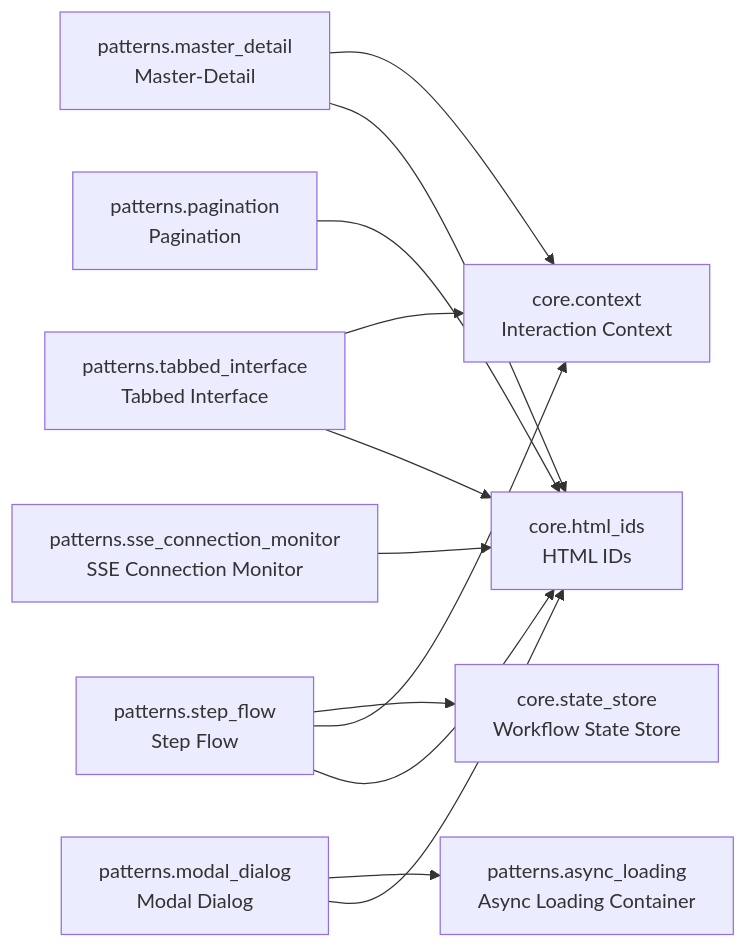
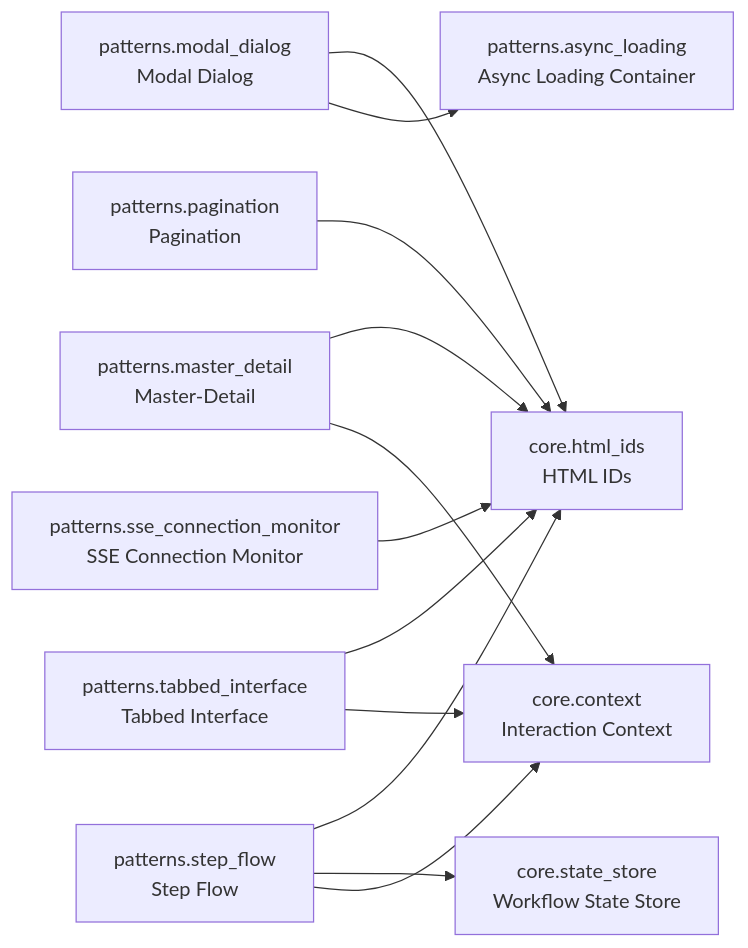
Before and after one commit to cj-mills/cjm-fasthtml-interactions: the diagram in README.md, drawn with Mermaid. The commit also changed other lines of this file and 4 other files, not shown here.

Commit message:
Add an on_leave hook to StepFlow.

````diff
--- a/README.md
+++ b/README.md
@@ -32,25 +32,25 @@
 ``` mermaid
 graph LR
     core_context[core.context<br/>Interaction Context]
     core_html_ids[core.html_ids<br/>HTML IDs]
     core_state_store[core.state_store<br/>Workflow State Store]
     patterns_async_loading[patterns.async_loading<br/>Async Loading Container]
     patterns_master_detail[patterns.master_detail<br/>Master-Detail]
     patterns_modal_dialog[patterns.modal_dialog<br/>Modal Dialog]
     patterns_pagination[patterns.pagination<br/>Pagination]
     patterns_sse_connection_monitor[patterns.sse_connection_monitor<br/>SSE Connection Monitor]
     patterns_step_flow[patterns.step_flow<br/>Step Flow]
     patterns_tabbed_interface[patterns.tabbed_interface<br/>Tabbed Interface]
 
+    patterns_master_detail --> core_html_ids
     patterns_master_detail --> core_context
-    patterns_master_detail --> core_html_ids
+    patterns_modal_dialog --> core_html_ids
     patterns_modal_dialog --> patterns_async_loading
-    patterns_modal_dialog --> core_html_ids
     patterns_pagination --> core_html_ids
     patterns_sse_connection_monitor --> core_html_ids
+    patterns_step_flow --> core_html_ids
     patterns_step_flow --> core_state_store
     patterns_step_flow --> core_context
-    patterns_step_flow --> core_html_ids
+    patterns_tabbed_interface --> core_html_ids
     patterns_tabbed_interface --> core_context
-    patterns_tabbed_interface --> core_html_ids
 ```
````
